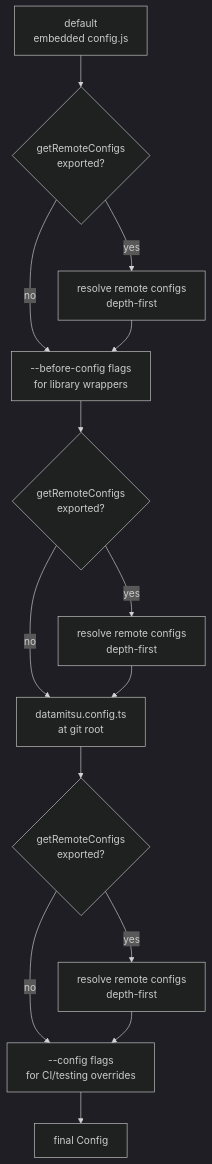
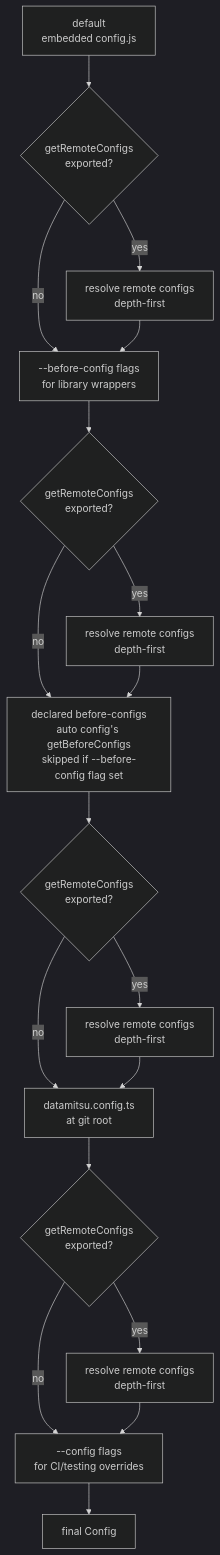
One commit to datamitsu/datamitsu changed the diagram in website/docs/getting-started/core-concepts.md. Above: the diagram before and after it, drawn with Mermaid (dark theme). The commit also changed other lines of this file and 13 other files, not shown here.

First line of the commit message:
feat: config declared before configs (#79)

````diff
--- a/website/docs/getting-started/core-concepts.md
+++ b/website/docs/getting-started/core-concepts.md
@@ -148,19 +148,24 @@
 ```mermaid
 graph TD
     A[default<br/>embedded config.js] --> B{getRemoteConfigs<br/>exported?}
     B -->|yes| C[resolve remote configs<br/>depth-first]
     B -->|no| D[--before-config flags<br/>for library wrappers]
     C --> D
 
     D --> E{getRemoteConfigs<br/>exported?}
     E -->|yes| F[resolve remote configs<br/>depth-first]
-    E -->|no| G[datamitsu.config.ts<br/>at git root]
-    F --> G
+    E -->|no| BC[declared before-configs<br/>auto config's getBeforeConfigs<br/>skipped if --before-config flag set]
+    F --> BC
+
+    BC --> BCE{getRemoteConfigs<br/>exported?}
+    BCE -->|yes| BCF[resolve remote configs<br/>depth-first]
+    BCE -->|no| G[datamitsu.config.ts<br/>at git root]
+    BCF --> G
 
     G --> H{getRemoteConfigs<br/>exported?}
     H -->|yes| I[resolve remote configs<br/>depth-first]
     H -->|no| J[--config flags<br/>for CI/testing overrides]
     I --> J
 
     J --> K[final Config]
 ```
````
